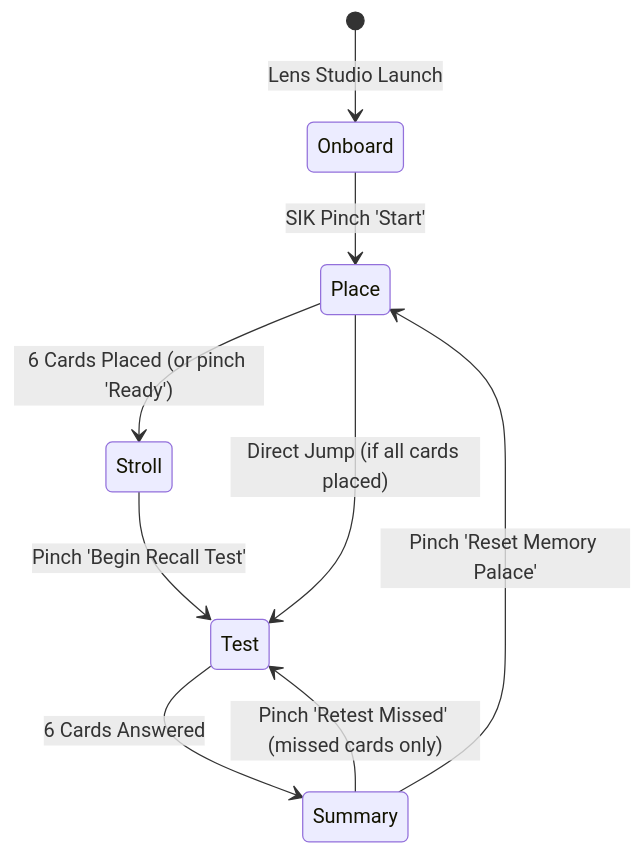
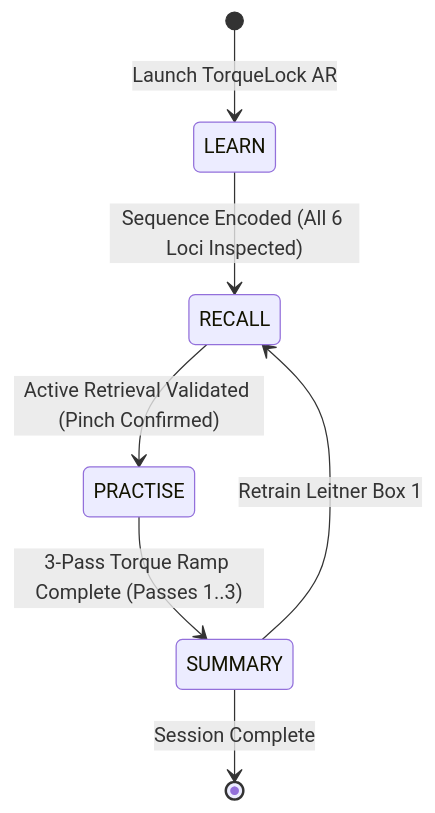
Before and after one commit to vikassharma270907-alt/loci-lens: the diagram in PLAN_AND_SPEC.md, drawn with Mermaid. The commit also changed other lines of this file and 33 other files, not shown here.

Commit message:
feat: complete TorqueLock AR spatial memory engine, 1080p demo video, captions, thumbnail, and Devpost submission assets

````diff
--- a/PLAN_AND_SPEC.md
+++ b/PLAN_AND_SPEC.md
@@ -103,11 +103,9 @@
 ```mermaid
 stateDiagram-v2
-    [*] --> Onboard: Lens Studio Launch
-    Onboard --> Place: SIK Pinch 'Start'
-    Place --> Stroll: 6 Cards Placed (or pinch 'Ready')
-    Stroll --> Test: Pinch 'Begin Recall Test'
-    Place --> Test: Direct Jump (if all cards placed)
-    Test --> Summary: 6 Cards Answered
-    Summary --> Test: Pinch 'Retest Missed' (missed cards only)
-    Summary --> Place: Pinch 'Reset Memory Palace'
+    [*] --> LEARN: Launch TorqueLock AR
+    LEARN --> RECALL: Sequence Encoded (All 6 Loci Inspected)
+    RECALL --> PRACTISE: Active Retrieval Validated (Pinch Confirmed)
+    PRACTISE --> SUMMARY: 3-Pass Torque Ramp Complete (Passes 1..3)
+    SUMMARY --> RECALL: Retrain Leitner Box 1
+    SUMMARY --> [*]: Session Complete
 ```
````
